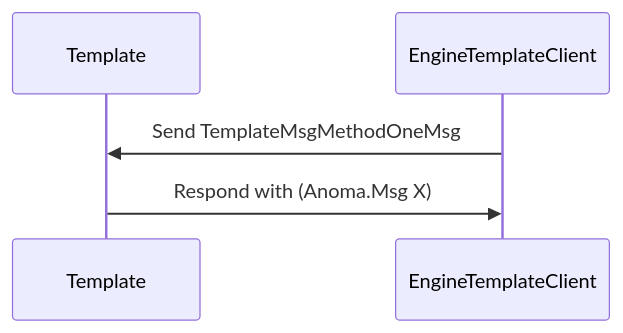
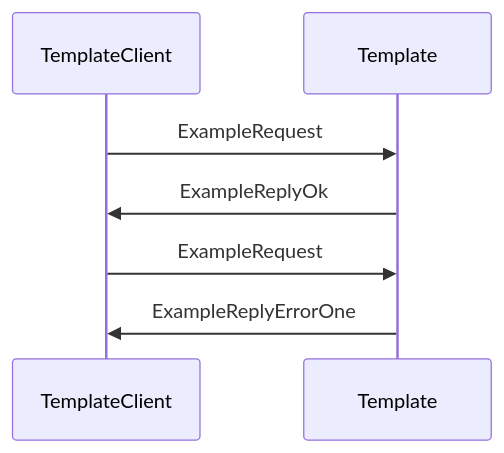
The diagram in docs/arch/node/engines/template_messages.juvix.md (anoma/nspec), drawn with Mermaid before and after one commit. The commit also changed other lines of this file, not shown here.

Commit message:
message template: add request-reply pattern

````diff
--- a/docs/arch/node/engines/template_messages.juvix.md
+++ b/docs/arch/node/engines/template_messages.juvix.md
@@ -105,8 +184,11 @@
 ```mermaid
 sequenceDiagram
+    participant TemplateClient
     participant Template
-    participant EngineTemplateClient
 
-    EngineTemplateClient ->> Template: Send TemplateMsgMethodOneMsg
-    Template ->> EngineTemplateClient: Respond with (Anoma.Msg X)
+    TemplateClient ->> Template: ExampleRequest
+    Template ->> TemplateClient: ExampleReplyOk
+
+    TemplateClient ->> Template: ExampleRequest
+    Template ->> TemplateClient: ExampleReplyErrorOne
 ```
````
